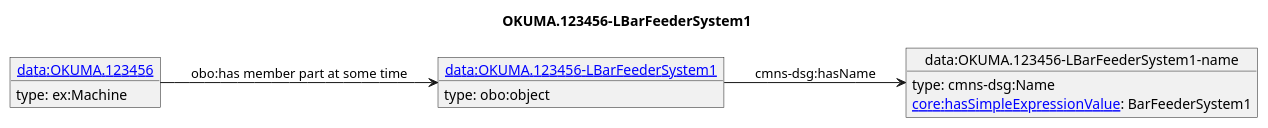
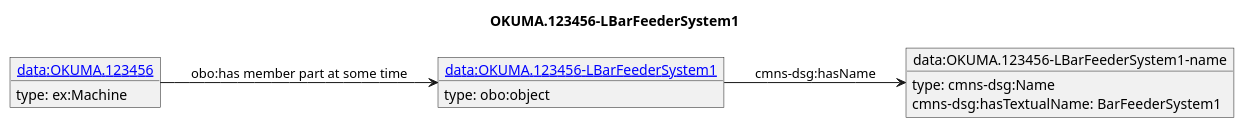
The diagram in diagrams/OKUMA.123456-LBarFeederSystem1.puml (iofoundry/example-syseng-mtconnect), drawn with PlantUML before and after one commit. The commit also changed 144 other files, not shown here.

Commit message:
Switched to omg commons hasTextualName since it does not require a value expression as the domain.

```diff
--- a/diagrams/OKUMA.123456-LBarFeederSystem1.puml
+++ b/diagrams/OKUMA.123456-LBarFeederSystem1.puml
@@ -1,17 +1,17 @@
 @startuml
 skinparam linetype polyline
 left to right direction
 title OKUMA.123456-LBarFeederSystem1
 object "[[./OKUMA.123456-LBarFeederSystem1.html data:OKUMA.123456-LBarFeederSystem1]]" as o1 {
  type: obo:object 
 }
 object "data:OKUMA.123456-LBarFeederSystem1-name" as o2 {
  type: cmns-dsg:Name 
 }
 object "[[./OKUMA.123456.html data:OKUMA.123456]]" as o3 {
  type: ex:Machine 
 }
 o1 --> o2 : cmns-dsg:hasName
-o2 : [[https://spec.industrialontologies.org/ontology/core/Core/hasSimpleExpressionValue core:hasSimpleExpressionValue]]: BarFeederSystem1
+o2 : cmns-dsg:hasTextualName: BarFeederSystem1
 o3 --> o1 : obo:has member part at some time
 @enduml
```
